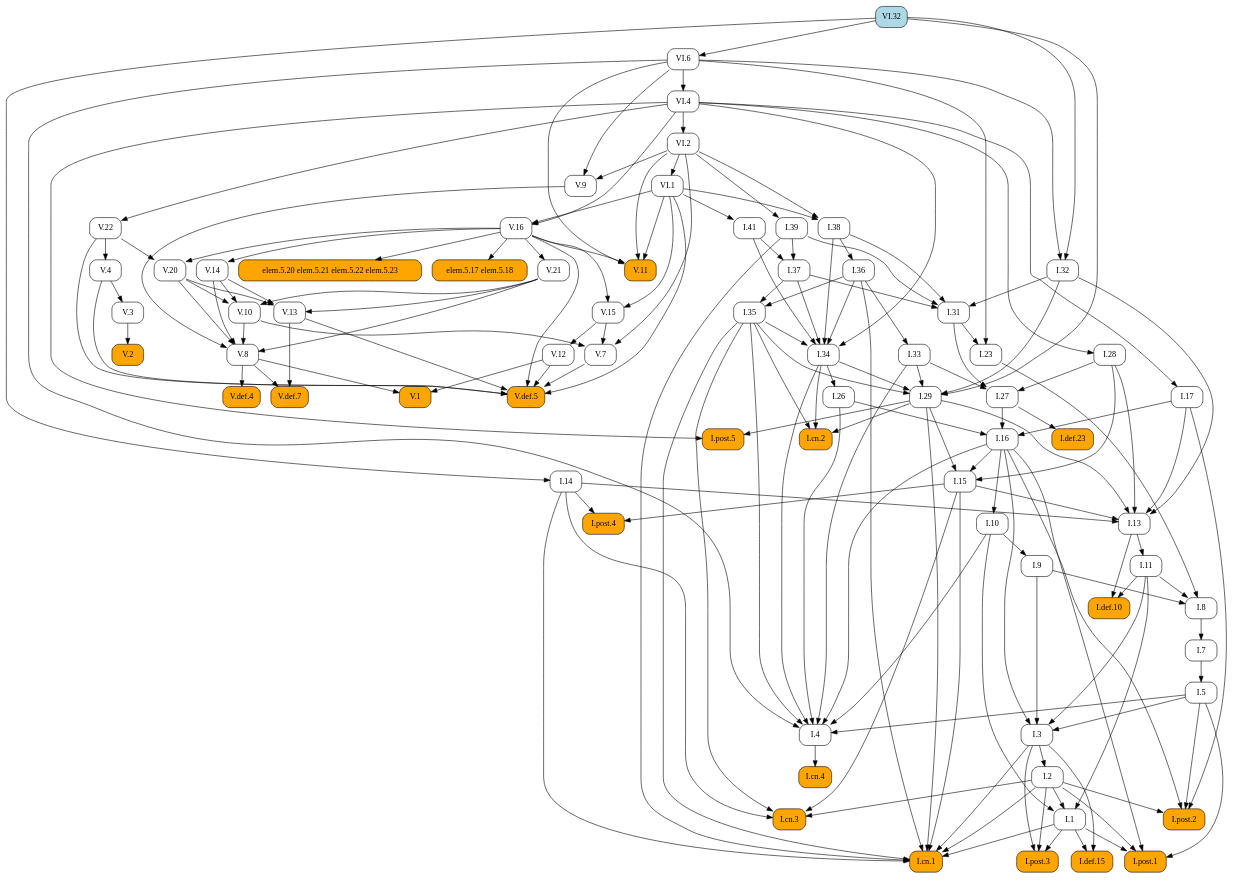
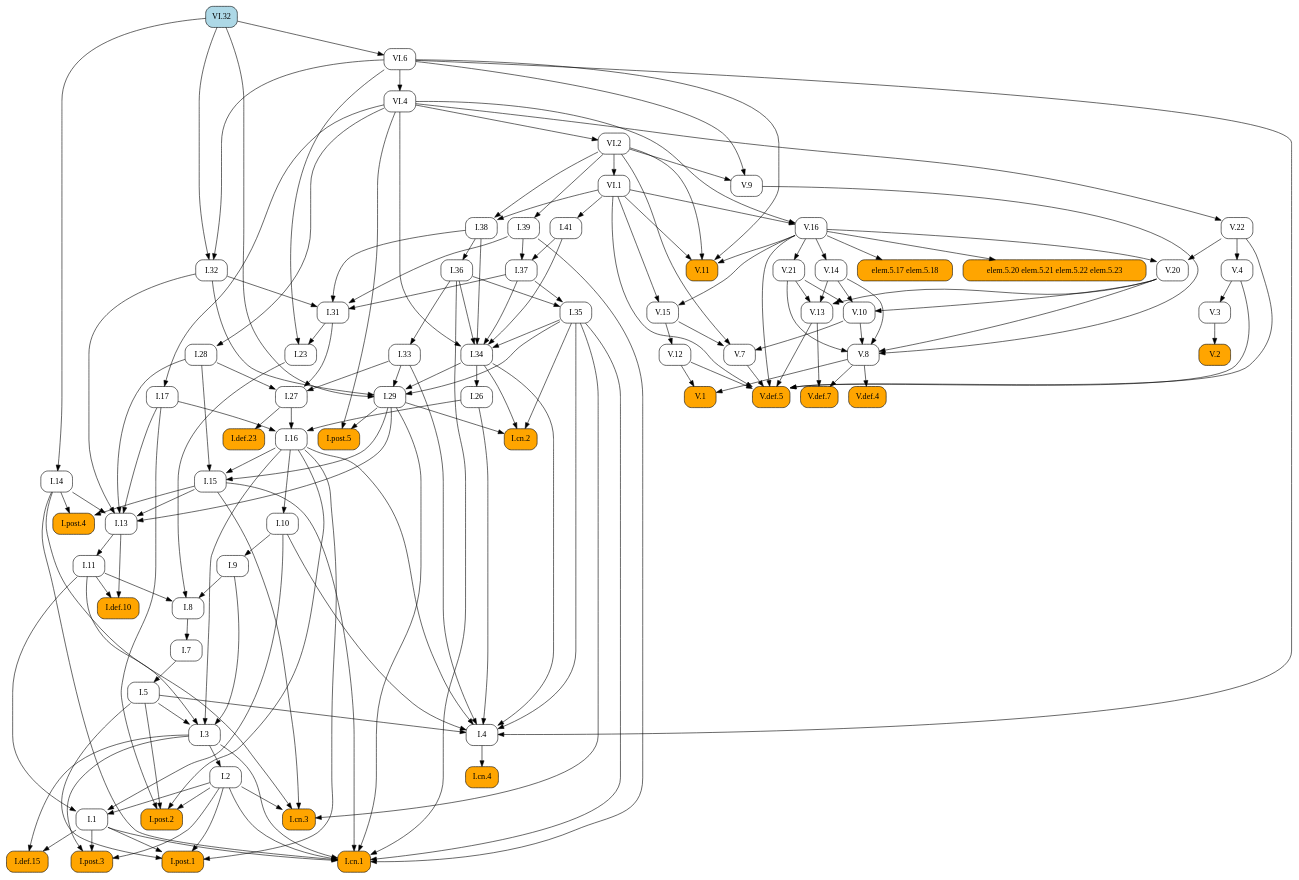
Before and after one commit to geometor/elements: the diagram in docsrc/elements2/VI/32/index.rst, drawn with Graphviz. The commit also changed other lines of this file and 409 other files, not shown here.

First line of the commit message:
feat: Add image cropping and graphic extraction script

```diff
--- a/docsrc/elements2/VI/32/index.rst
+++ b/docsrc/elements2/VI/32/index.rst
@@ -84,198 +84,96 @@
    digraph {
      rankdir="TB";
      node [shape=box, style=rounded];
+     "I.31" [URL="/elements2/I/31/", target="_top"];
+     "I.41" [URL="/elements2/I/41/", target="_top"];
      "I.8" [URL="/elements2/I/8/", target="_top"];
+     "V.10" [URL="/elements2/V/10/", target="_top"];
+     "I.15" [URL="/elements2/I/15/", target="_top"];
+     "V.8" [URL="/elements2/V/8/", target="_top"];
+     "VI.1" [URL="/elements2/VI/1/", target="_top"];
+     "I.26" [URL="/elements2/I/26/", target="_top"];
+     "I.cn.1" [style="rounded,filled", fillcolor=orange, URL="/elements2/I/cn.1/", target="_top"];
+     "elem.5.20 elem.5.21 elem.5.22 elem.5.23" [style="rounded,filled", fillcolor=orange];
+     "I.28" [URL="/elements2/I/28/", target="_top"];
+     "V.def.5" [style="rounded,filled", fillcolor=orange, URL="/elements2/V/def.5/", target="_top"];
+     "I.16" [URL="/elements2/I/16/", target="_top"];
+     "I.35" [URL="/elements2/I/35/", target="_top"];
+     "I.34" [URL="/elements2/I/34/", target="_top"];
+     "VI.4" [URL="/elements2/VI/4/", target="_top"];
+     "I.33" [URL="/elements2/I/33/", target="_top"];
+     "V.15" [URL="/elements2/V/15/", target="_top"];
+     "V.4" [URL="/elements2/V/4/", target="_top"];
+     "V.14" [URL="/elements2/V/14/", target="_top"];
+     "elem.5.17 elem.5.18" [style="rounded,filled", fillcolor=orange];
+     "I.def.15" [style="rounded,filled", fillcolor=orange, URL="/elements2/I/def.15/", target="_top"];
+     "V.3" [URL="/elements2/V/3/", target="_top"];
+     "I.11" [URL="/elements2/I/11/", target="_top"];
+     "I.14" [URL="/elements2/I/14/", target="_top"];
+     "I.cn.3" [style="rounded,filled", fillcolor=orange, URL="/elements2/I/cn.3/", target="_top"];
+     "V.11" [style="rounded,filled", fillcolor=orange, URL="/elements2/V/11/", target="_top"];
+     "I.9" [URL="/elements2/I/9/", target="_top"];
+     "I.29" [URL="/elements2/I/29/", target="_top"];
+     "V.13" [URL="/elements2/V/13/", target="_top"];
+     "I.36" [URL="/elements2/I/36/", target="_top"];
+     "I.post.1" [style="rounded,filled", fillcolor=orange, URL="/elements2/I/post.1/", target="_top"];
+     "V.def.4" [style="rounded,filled", fillcolor=orange, URL="/elements2/V/def.4/", target="_top"];
+     "VI.2" [URL="/elements2/VI/2/", target="_top"];
+     "I.27" [URL="/elements2/I/27/", target="_top"];
+     "V.1" [style="rounded,filled", fillcolor=orange, URL="/elements2/V/1/", target="_top"];
+     "I.cn.4" [style="rounded,filled", fillcolor=orange, URL="/elements2/I/cn.4/", target="_top"];
+     "I.cn.2" [style="rounded,filled", fillcolor=orange, URL="/elements2/I/cn.2/", target="_top"];
+     "V.7" [URL="/elements2/V/7/", target="_top"];
+     "I.post.4" [style="rounded,filled", fillcolor=orange, URL="/elements2/I/post.4/", target="_top"];
+     "VI.32" [style="rounded,filled", fillcolor=lightblue, URL="/elements2/VI/32/", target="_top"];
+     "I.37" [URL="/elements2/I/37/", target="_top"];
+     "V.21" [URL="/elements2/V/21/", target="_top"];
+     "I.5" [URL="/elements2/I/5/", target="_top"];
+     "V.def.7" [style="rounded,filled", fillcolor=orange, URL="/elements2/V/def.7/", target="_top"];
+     "I.17" [URL="/elements2/I/17/", target="_top"];
+     "V.12" [URL="/elements2/V/12/", target="_top"];
+     "I.32" [URL="/elements2/I/32/", target="_top"];
+     "I.7" [URL="/elements2/I/7/", target="_top"];
+     "I.23" [URL="/elements2/I/23/", target="_top"];
+     "V.9" [URL="/elements2/V/9/", target="_top"];
+     "VI.6" [URL="/elements2/VI/6/", target="_top"];
+     "V.2" [style="rounded,filled", fillcolor=orange, URL="/elements2/V/2/", target="_top"];
+     "I.38" [URL="/elements2/I/38/", target="_top"];
+     "I.def.10" [style="rounded,filled", fillcolor=orange, URL="/elements2/I/def.10/", target="_top"];
+     "I.def.23" [style="rounded,filled", fillcolor=orange, URL="/elements2/I/def.23/", target="_top"];
      "V.20" [URL="/elements2/V/20/", target="_top"];
-     "I.36" [URL="/elements2/I/36/", target="_top"];
-     "V.def.5" [style="rounded,filled", fillcolor=orange, URL="/elements2/V/def.5/", target="_top"];
-     "I.38" [URL="/elements2/I/38/", target="_top"];
+     "V.16" [URL="/elements2/V/16/", target="_top"];
      "I.post.5" [style="rounded,filled", fillcolor=orange, URL="/elements2/I/post.5/", target="_top"];
-     "I.def.10" [style="rounded,filled", fillcolor=orange, URL="/elements2/I/def.10/", target="_top"];
-     "I.cn.2" [style="rounded,filled", fillcolor=orange, URL="/elements2/I/cn.2/", target="_top"];
-     "I.31" [URL="/elements2/I/31/", target="_top"];
+     "I.3" [URL="/elements2/I/3/", target="_top"];
+     "I.10" [URL="/elements2/I/10/", target="_top"];
+     "I.13" [URL="/elements2/I/13/", target="_top"];
+     "I.4" [URL="/elements2/I/4/", target="_top"];
+     "I.post.3" [style="rounded,filled", fillcolor=orange, URL="/elements2/I/post.3/", target="_top"];
+     "I.39" [URL="/elements2/I/39/", target="_top"];
+     "I.2" [URL="/elements2/I/2/", target="_top"];
+     "I.1" [URL="/elements2/I/1/", target="_top"];
      "I.post.2" [style="rounded,filled", fillcolor=orange, URL="/elements2/I/post.2/", target="_top"];
-     "I.def.23" [style="rounded,filled", fillcolor=orange, URL="/elements2/I/def.23/", target="_top"];
-     "I.26" [URL="/elements2/I/26/", target="_top"];
-     "V.3" [URL="/elements2/V/3/", target="_top"];
-     "I.cn.3" [style="rounded,filled", fillcolor=orange, URL="/elements2/I/cn.3/", target="_top"];
-     "V.2" [style="rounded,filled", fillcolor=orange, URL="/elements2/V/2/", target="_top"];
-     "V.12" [URL="/elements2/V/12/", target="_top"];
      "V.22" [URL="/elements2/V/22/", target="_top"];
-     "VI.32" [style="rounded,filled", fillcolor=lightblue, URL="/elements2/VI/32/", target="_top"];
-     "I.41" [URL="/elements2/I/41/", target="_top"];
-     "I.35" [URL="/elements2/I/35/", target="_top"];
-     "I.28" [URL="/elements2/I/28/", target="_top"];
-     "I.27" [URL="/elements2/I/27/", target="_top"];
-     "I.4" [URL="/elements2/I/4/", target="_top"];
-     "V.8" [URL="/elements2/V/8/", target="_top"];
-     "VI.2" [URL="/elements2/VI/2/", target="_top"];
-     "I.39" [URL="/elements2/I/39/", target="_top"];
-     "I.15" [URL="/elements2/I/15/", target="_top"];
-     "I.34" [URL="/elements2/I/34/", target="_top"];
-     "I.post.3" [style="rounded,filled", fillcolor=orange, URL="/elements2/I/post.3/", target="_top"];
-     "I.32" [URL="/elements2/I/32/", target="_top"];
-     "V.def.4" [style="rounded,filled", fillcolor=orange, URL="/elements2/V/def.4/", target="_top"];
-     "I.14" [URL="/elements2/I/14/", target="_top"];
-     "I.post.1" [style="rounded,filled", fillcolor=orange, URL="/elements2/I/post.1/", target="_top"];
-     "I.33" [URL="/elements2/I/33/", target="_top"];
-     "I.5" [URL="/elements2/I/5/", target="_top"];
-     "elem.5.17 elem.5.18" [style="rounded,filled", fillcolor=orange];
-     "VI.1" [URL="/elements2/VI/1/", target="_top"];
-     "V.11" [style="rounded,filled", fillcolor=orange, URL="/elements2/V/11/", target="_top"];
-     "V.13" [URL="/elements2/V/13/", target="_top"];
-     "V.9" [URL="/elements2/V/9/", target="_top"];
-     "V.16" [URL="/elements2/V/16/", target="_top"];
-     "I.def.15" [style="rounded,filled", fillcolor=orange, URL="/elements2/I/def.15/", target="_top"];
-     "V.15" [URL="/elements2/V/15/", target="_top"];
-     "I.11" [URL="/elements2/I/11/", target="_top"];
-     "I.3" [URL="/elements2/I/3/", target="_top"];
-     "V.14" [URL="/elements2/V/14/", target="_top"];
-     "VI.4" [URL="/elements2/VI/4/", target="_top"];
-     "V.10" [URL="/elements2/V/10/", target="_top"];
-     "I.1" [URL="/elements2/I/1/", target="_top"];
-     "I.cn.4" [style="rounded,filled", fillcolor=orange, URL="/elements2/I/cn.4/", target="_top"];
-     "I.23" [URL="/elements2/I/23/", target="_top"];
-     "I.7" [URL="/elements2/I/7/", target="_top"];
-     "I.17" [URL="/elements2/I/17/", target="_top"];
-     "VI.6" [URL="/elements2/VI/6/", target="_top"];
-     "I.9" [URL="/elements2/I/9/", target="_top"];
-     "V.1" [style="rounded,filled", fillcolor=orange, URL="/elements2/V/1/", target="_top"];
-     "I.cn.1" [style="rounded,filled", fillcolor=orange, URL="/elements2/I/cn.1/", target="_top"];
-     "I.29" [URL="/elements2/I/29/", target="_top"];
-     "I.post.4" [style="rounded,filled", fillcolor=orange, URL="/elements2/I/post.4/", target="_top"];
-     "I.16" [URL="/elements2/I/16/", target="_top"];
-     "I.13" [URL="/elements2/I/13/", target="_top"];
-     "V.21" [URL="/elements2/V/21/", target="_top"];
-     "elem.5.20 elem.5.21 elem.5.22 elem.5.23" [style="rounded,filled", fillcolor=orange];
-     "V.7" [URL="/elements2/V/7/", target="_top"];
-     "I.2" [URL="/elements2/I/2/", target="_top"];
-     "I.37" [URL="/elements2/I/37/", target="_top"];
-     "I.10" [URL="/elements2/I/10/", target="_top"];
-     "V.def.7" [style="rounded,filled", fillcolor=orange, URL="/elements2/V/def.7/", target="_top"];
-     "V.4" [URL="/elements2/V/4/", target="_top"];
-     "I.9" -> "I.8";
-     "I.11" -> "I.8";
-     "I.23" -> "I.8";
-     "V.16" -> "V.20";
-     "V.22" -> "V.20";
-     "I.38" -> "I.36";
-     "V.4" -> "V.def.5";
-     "V.7" -> "V.def.5";
-     "V.12" -> "V.def.5";
-     "V.13" -> "V.def.5";
-     "V.16" -> "V.def.5";
-     "V.22" -> "V.def.5";
-     "VI.1" -> "V.def.5";
-     "VI.1" -> "I.38";
-     "VI.2" -> "I.38";
-     "I.29" -> "I.post.5";
-     "VI.4" -> "I.post.5";
-     "I.11" -> "I.def.10";
-     "I.13" -> "I.def.10";
-     "I.29" -> "I.cn.2";
-     "I.34" -> "I.cn.2";
-     "I.35" -> "I.cn.2";
      "I.32" -> "I.31";
      "I.37" -> "I.31";
      "I.38" -> "I.31";
      "I.39" -> "I.31";
-     "I.2" -> "I.post.2";
-     "I.5" -> "I.post.2";
-     "I.16" -> "I.post.2";
-     "I.17" -> "I.post.2";
-     "I.27" -> "I.def.23";
-     "I.34" -> "I.26";
-     "V.4" -> "V.3";
-     "I.2" -> "I.cn.3";
-     "I.14" -> "I.cn.3";
-     "I.15" -> "I.cn.3";
-     "I.35" -> "I.cn.3";
-     "V.3" -> "V.2";
-     "V.15" -> "V.12";
-     "VI.4" -> "V.22";
      "VI.1" -> "I.41";
-     "I.36" -> "I.35";
-     "I.37" -> "I.35";
-     "VI.4" -> "I.28";
-     "I.28" -> "I.27";
-     "I.31" -> "I.27";
-     "I.33" -> "I.27";
-     "I.5" -> "I.4";
-     "I.10" -> "I.4";
-     "I.16" -> "I.4";
-     "I.26" -> "I.4";
-     "I.33" -> "I.4";
-     "I.34" -> "I.4";
-     "I.35" -> "I.4";
-     "VI.6" -> "I.4";
+     "I.9" -> "I.8";
+     "I.11" -> "I.8";
+     "I.23" -> "I.8";
+     "V.14" -> "V.10";
+     "V.20" -> "V.10";
+     "V.21" -> "V.10";
+     "I.16" -> "I.15";
+     "I.28" -> "I.15";
+     "I.29" -> "I.15";
      "V.9" -> "V.8";
      "V.10" -> "V.8";
      "V.14" -> "V.8";
      "V.20" -> "V.8";
      "V.21" -> "V.8";
-     "VI.4" -> "VI.2";
-     "VI.2" -> "I.39";
-     "I.16" -> "I.15";
-     "I.28" -> "I.15";
-     "I.29" -> "I.15";
-     "I.35" -> "I.34";
-     "I.36" -> "I.34";
-     "I.37" -> "I.34";
-     "I.38" -> "I.34";
-     "I.41" -> "I.34";
-     "VI.4" -> "I.34";
-     "I.1" -> "I.post.3";
-     "I.2" -> "I.post.3";
-     "I.3" -> "I.post.3";
-     "VI.6" -> "I.32";
-     "VI.32" -> "I.32";
-     "V.8" -> "V.def.4";
-     "VI.32" -> "I.14";
-     "I.1" -> "I.post.1";
-     "I.2" -> "I.post.1";
-     "I.5" -> "I.post.1";
-     "I.16" -> "I.post.1";
-     "I.36" -> "I.33";
-     "I.7" -> "I.5";
-     "V.16" -> "elem.5.17 elem.5.18";
      "VI.2" -> "VI.1";
-     "V.16" -> "V.11";
-     "VI.1" -> "V.11";
-     "VI.2" -> "V.11";
-     "VI.6" -> "V.11";
-     "V.14" -> "V.13";
-     "V.20" -> "V.13";
-     "V.21" -> "V.13";
-     "VI.2" -> "V.9";
-     "VI.6" -> "V.9";
-     "VI.1" -> "V.16";
-     "VI.4" -> "V.16";
-     "I.1" -> "I.def.15";
-     "I.3" -> "I.def.15";
-     "V.16" -> "V.15";
-     "VI.1" -> "V.15";
-     "I.13" -> "I.11";
-     "I.5" -> "I.3";
-     "I.9" -> "I.3";
-     "I.11" -> "I.3";
-     "I.16" -> "I.3";
-     "V.16" -> "V.14";
-     "VI.6" -> "VI.4";
-     "V.14" -> "V.10";
-     "V.20" -> "V.10";
-     "V.21" -> "V.10";
-     "I.2" -> "I.1";
-     "I.10" -> "I.1";
-     "I.11" -> "I.1";
-     "I.4" -> "I.cn.4";
-     "I.31" -> "I.23";
-     "VI.6" -> "I.23";
-     "I.8" -> "I.7";
-     "VI.4" -> "I.17";
-     "VI.32" -> "VI.6";
-     "I.10" -> "I.9";
-     "V.8" -> "V.1";
-     "V.12" -> "V.1";
+     "I.34" -> "I.26";
      "I.1" -> "I.cn.1";
      "I.2" -> "I.cn.1";
      "I.3" -> "I.cn.1";
@@ -285,32 +183,134 @@
      "I.35" -> "I.cn.1";
      "I.36" -> "I.cn.1";
      "I.39" -> "I.cn.1";
+     "V.16" -> "elem.5.20 elem.5.21 elem.5.22 elem.5.23";
+     "VI.4" -> "I.28";
+     "V.4" -> "V.def.5";
+     "V.7" -> "V.def.5";
+     "V.12" -> "V.def.5";
+     "V.13" -> "V.def.5";
+     "V.16" -> "V.def.5";
+     "V.22" -> "V.def.5";
+     "VI.1" -> "V.def.5";
+     "I.17" -> "I.16";
+     "I.26" -> "I.16";
+     "I.27" -> "I.16";
+     "I.36" -> "I.35";
+     "I.37" -> "I.35";
+     "I.35" -> "I.34";
+     "I.36" -> "I.34";
+     "I.37" -> "I.34";
+     "I.38" -> "I.34";
+     "I.41" -> "I.34";
+     "VI.4" -> "I.34";
+     "VI.6" -> "VI.4";
+     "I.36" -> "I.33";
+     "V.16" -> "V.15";
+     "VI.1" -> "V.15";
+     "V.22" -> "V.4";
+     "V.16" -> "V.14";
+     "V.16" -> "elem.5.17 elem.5.18";
+     "I.1" -> "I.def.15";
+     "I.3" -> "I.def.15";
+     "V.4" -> "V.3";
+     "I.13" -> "I.11";
+     "VI.32" -> "I.14";
+     "I.2" -> "I.cn.3";
+     "I.14" -> "I.cn.3";
+     "I.15" -> "I.cn.3";
+     "I.35" -> "I.cn.3";
+     "V.16" -> "V.11";
+     "VI.1" -> "V.11";
+     "VI.2" -> "V.11";
+     "VI.6" -> "V.11";
+     "I.10" -> "I.9";
      "I.32" -> "I.29";
      "I.33" -> "I.29";
      "I.34" -> "I.29";
      "I.35" -> "I.29";
      "VI.32" -> "I.29";
+     "V.14" -> "V.13";
+     "V.20" -> "V.13";
+     "V.21" -> "V.13";
+     "I.38" -> "I.36";
+     "I.1" -> "I.post.1";
+     "I.2" -> "I.post.1";
+     "I.5" -> "I.post.1";
+     "I.16" -> "I.post.1";
+     "V.8" -> "V.def.4";
+     "VI.4" -> "VI.2";
+     "I.28" -> "I.27";
+     "I.31" -> "I.27";
+     "I.33" -> "I.27";
+     "V.8" -> "V.1";
+     "V.12" -> "V.1";
+     "I.4" -> "I.cn.4";
+     "I.29" -> "I.cn.2";
+     "I.34" -> "I.cn.2";
+     "I.35" -> "I.cn.2";
+     "V.10" -> "V.7";
+     "V.15" -> "V.7";
+     "VI.2" -> "V.7";
      "I.14" -> "I.post.4";
      "I.15" -> "I.post.4";
-     "I.17" -> "I.16";
-     "I.26" -> "I.16";
-     "I.27" -> "I.16";
+     "I.39" -> "I.37";
+     "I.41" -> "I.37";
+     "V.16" -> "V.21";
+     "I.7" -> "I.5";
+     "V.8" -> "V.def.7";
+     "V.13" -> "V.def.7";
+     "VI.4" -> "I.17";
+     "V.15" -> "V.12";
+     "VI.6" -> "I.32";
+     "VI.32" -> "I.32";
+     "I.8" -> "I.7";
+     "I.31" -> "I.23";
+     "VI.6" -> "I.23";
+     "VI.2" -> "V.9";
+     "VI.6" -> "V.9";
+     "VI.32" -> "VI.6";
+     "V.3" -> "V.2";
+     "VI.1" -> "I.38";
+     "VI.2" -> "I.38";
+     "I.11" -> "I.def.10";
+     "I.13" -> "I.def.10";
+     "I.27" -> "I.def.23";
+     "V.16" -> "V.20";
+     "V.22" -> "V.20";
+     "VI.1" -> "V.16";
+     "VI.4" -> "V.16";
+     "I.29" -> "I.post.5";
+     "VI.4" -> "I.post.5";
+     "I.5" -> "I.3";
+     "I.9" -> "I.3";
+     "I.11" -> "I.3";
+     "I.16" -> "I.3";
+     "I.16" -> "I.10";
      "I.14" -> "I.13";
      "I.15" -> "I.13";
      "I.17" -> "I.13";
      "I.28" -> "I.13";
      "I.29" -> "I.13";
      "I.32" -> "I.13";
-     "V.16" -> "V.21";
-     "V.16" -> "elem.5.20 elem.5.21 elem.5.22 elem.5.23";
-     "V.10" -> "V.7";
-     "V.15" -> "V.7";
-     "VI.2" -> "V.7";
+     "I.5" -> "I.4";
+     "I.10" -> "I.4";
+     "I.16" -> "I.4";
+     "I.26" -> "I.4";
+     "I.33" -> "I.4";
+     "I.34" -> "I.4";
+     "I.35" -> "I.4";
+     "VI.6" -> "I.4";
+     "I.1" -> "I.post.3";
+     "I.2" -> "I.post.3";
+     "I.3" -> "I.post.3";
+     "VI.2" -> "I.39";
      "I.3" -> "I.2";
-     "I.39" -> "I.37";
-     "I.41" -> "I.37";
-     "I.16" -> "I.10";
-     "V.8" -> "V.def.7";
-     "V.13" -> "V.def.7";
-     "V.22" -> "V.4";
+     "I.2" -> "I.1";
+     "I.10" -> "I.1";
+     "I.11" -> "I.1";
+     "I.2" -> "I.post.2";
+     "I.5" -> "I.post.2";
+     "I.16" -> "I.post.2";
+     "I.17" -> "I.post.2";
+     "VI.4" -> "V.22";
    }
```
